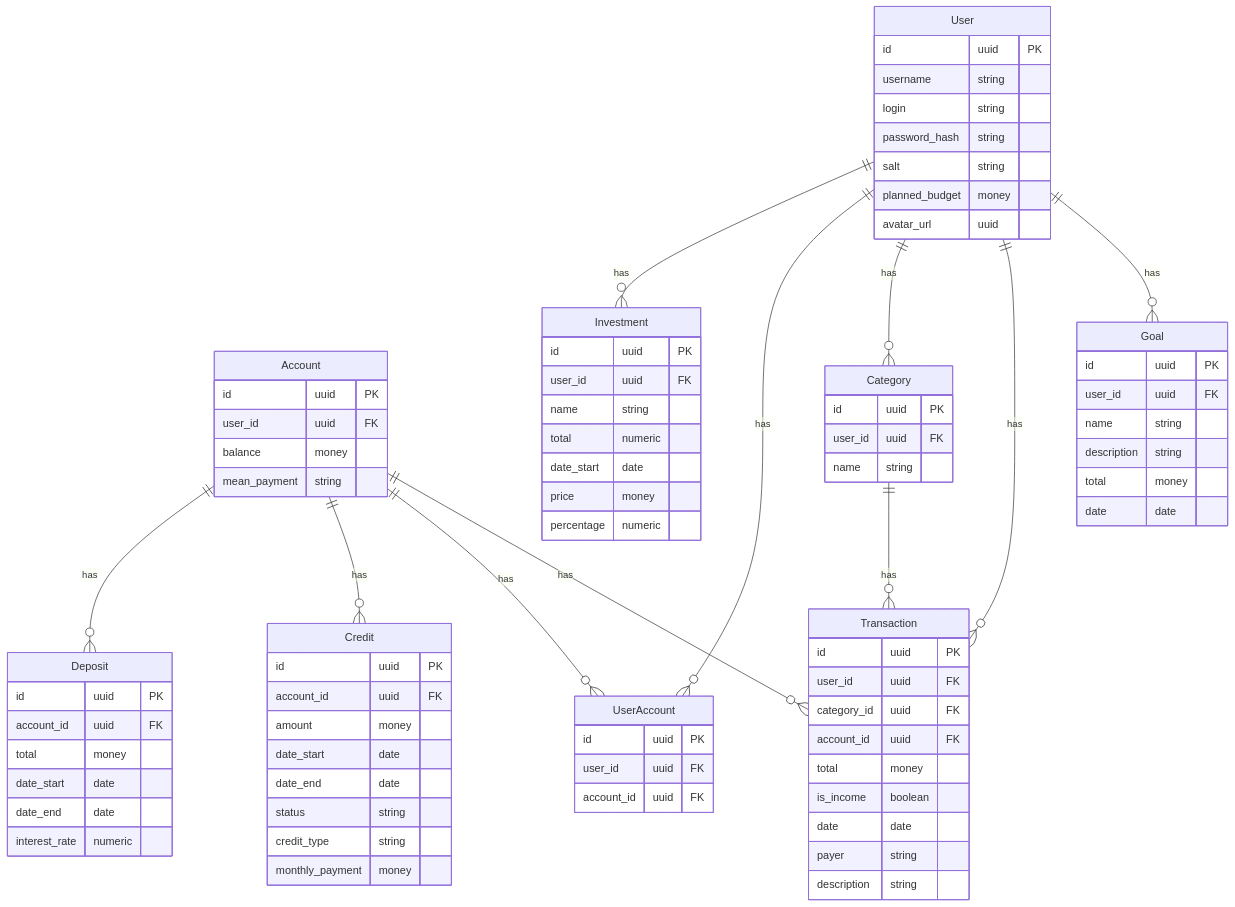
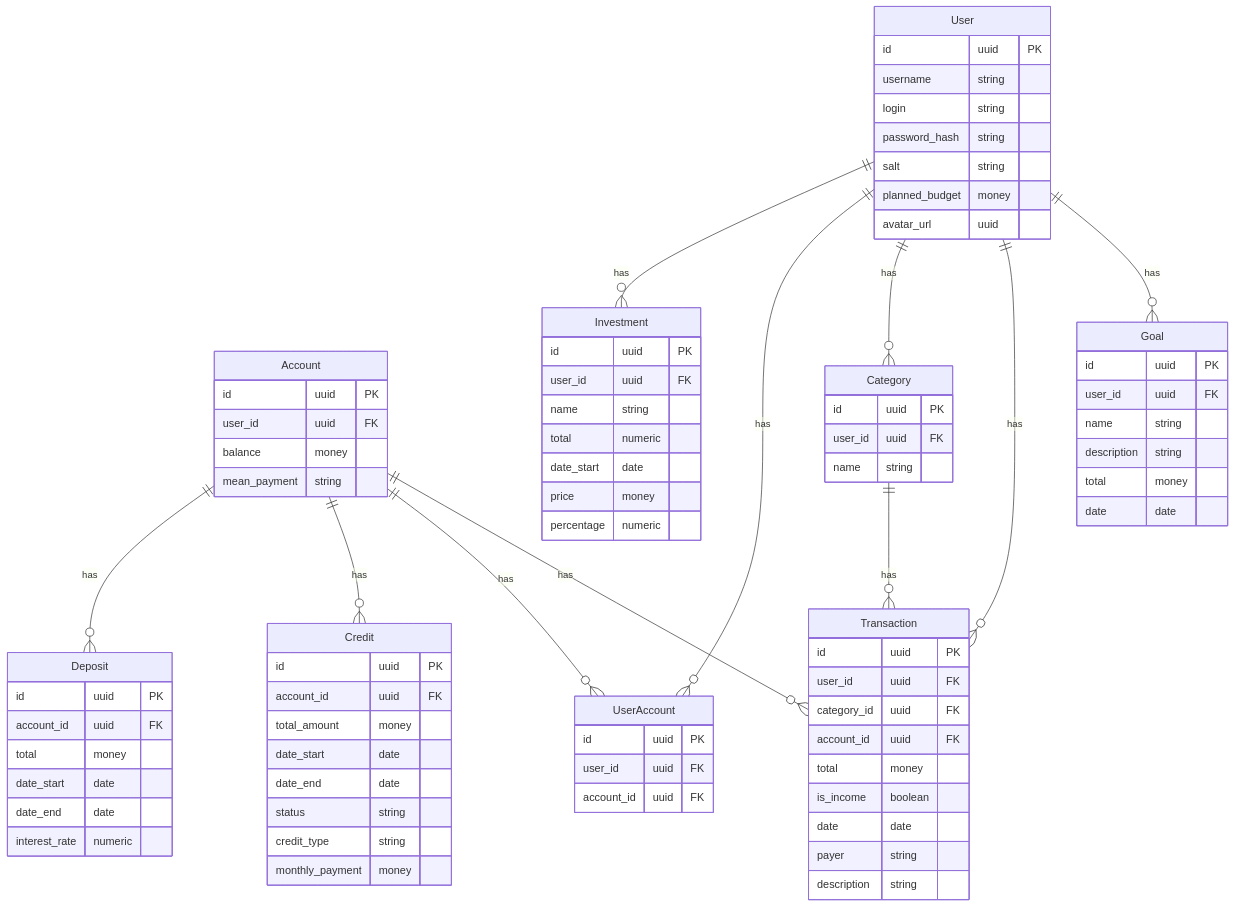
Before and after one commit to go-park-mail-ru/2023_2_Hamster: the diagram in db/normalized/relations.md, drawn with Mermaid. The commit also changed 1 other file, not shown here.

```diff
--- a/db/normalized/relations.md
+++ b/db/normalized/relations.md
@@ -92,7 +92,7 @@
     Credit {
         id uuid  PK
         account_id uuid  FK
-        amount money 
+        total_amount money 
         date_start date 
         date_end date 
         status string
```
